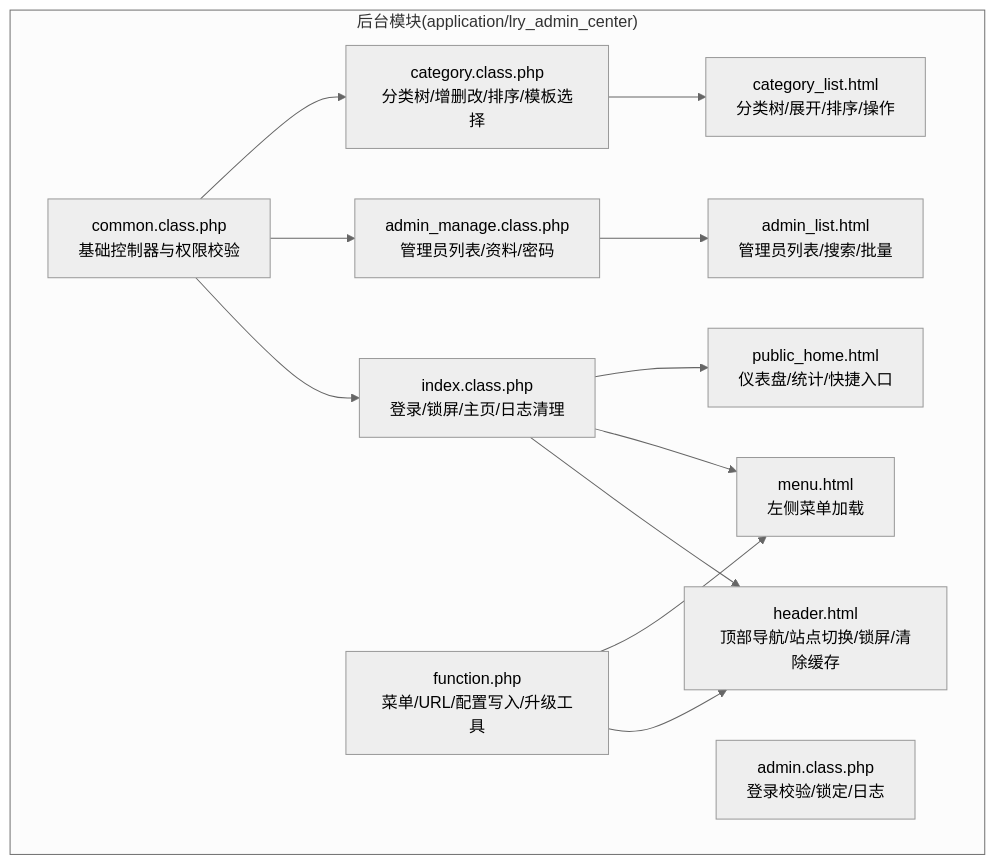
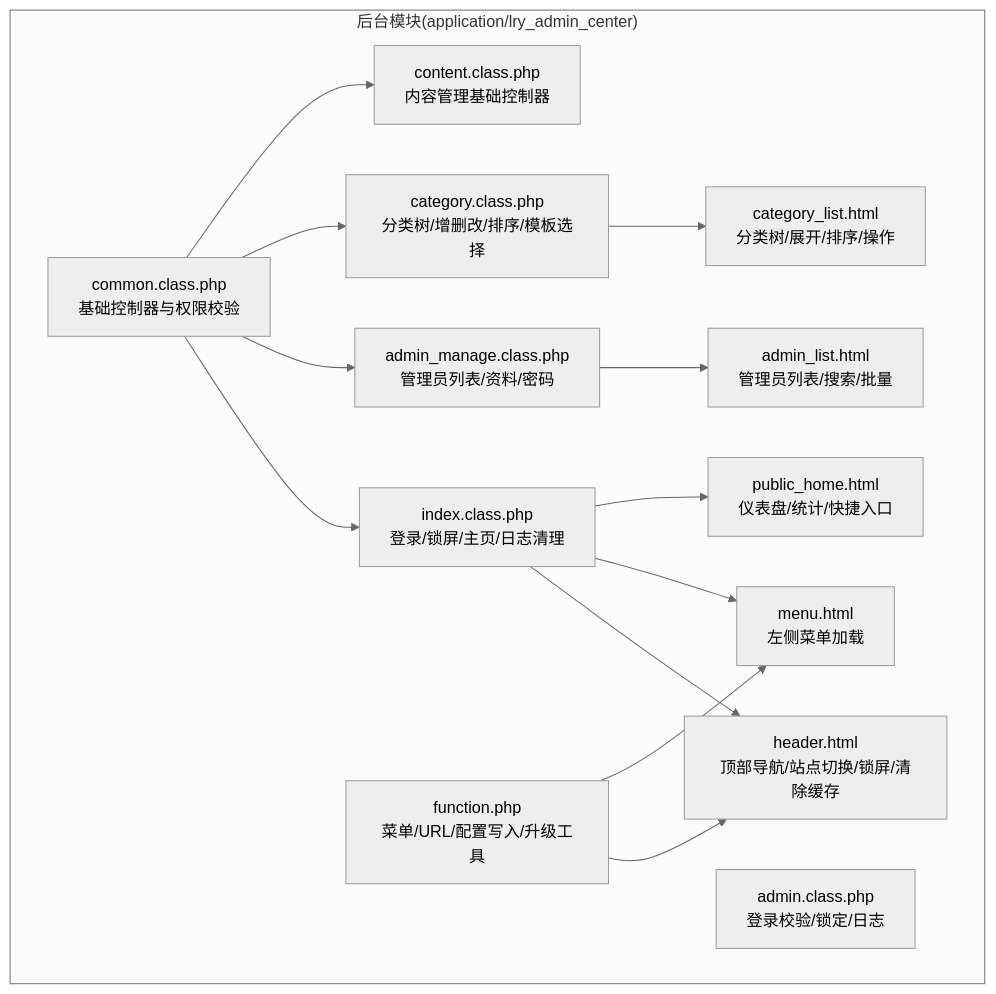
Before and after one commit to lirongyaoper/lryblog.com: the first of 7 diagrams in .qoder/repowiki/zh/content/后台管理模块/后台管理模块.md, drawn with Mermaid (neutral theme). The commit also changed other lines of this file and 4 other files, not shown here.

````diff
--- a/.qoder/repowiki/zh/content/后台管理模块/后台管理模块.md
+++ b/.qoder/repowiki/zh/content/后台管理模块/后台管理模块.md
@@ -42,26 +43,28 @@
 ```mermaid
 graph TB
 subgraph "后台模块(application/lry_admin_center)"
 CCommon["common.class.php<br/>基础控制器与权限校验"]
 CIndex["index.class.php<br/>登录/锁屏/主页/日志清理"]
 CAdmin["admin_manage.class.php<br/>管理员列表/资料/密码"]
 CCate["category.class.php<br/>分类树/增删改/排序/模板选择"]
+CContent["content.class.php<br/>内容管理基础控制器"]
 MAdmin["admin.class.php<br/>登录校验/锁定/日志"]
 VHeader["header.html<br/>顶部导航/站点切换/锁屏/清除缓存"]
 VMenu["menu.html<br/>左侧菜单加载"]
 VList["admin_list.html<br/>管理员列表/搜索/批量"]
 VCatList["category_list.html<br/>分类树/展开/排序/操作"]
 VHome["public_home.html<br/>仪表盘/统计/快捷入口"]
 FFunc["function.php<br/>菜单/URL/配置写入/升级工具"]
 end
 CCommon --> CIndex
 CCommon --> CAdmin
 CCommon --> CCate
+CCommon --> CContent
 CIndex --> VHeader
 CIndex --> VMenu
 CAdmin --> VList
 CCate --> VCatList
 CIndex --> VHome
 FFunc --> VHeader
 FFunc --> VMenu
 ```
````
